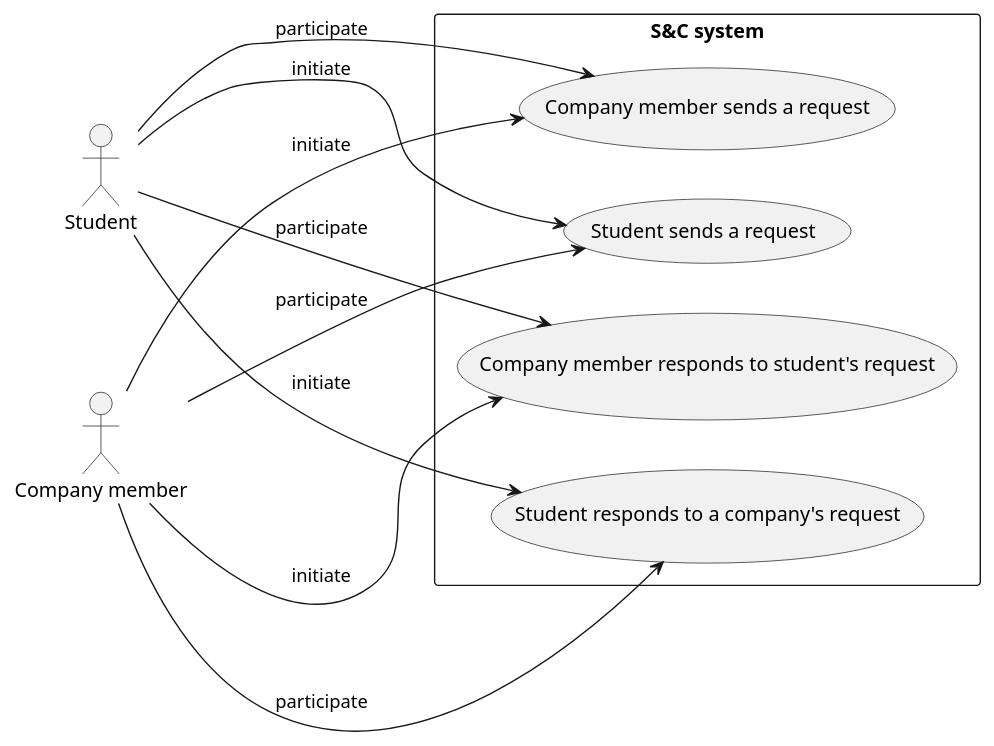
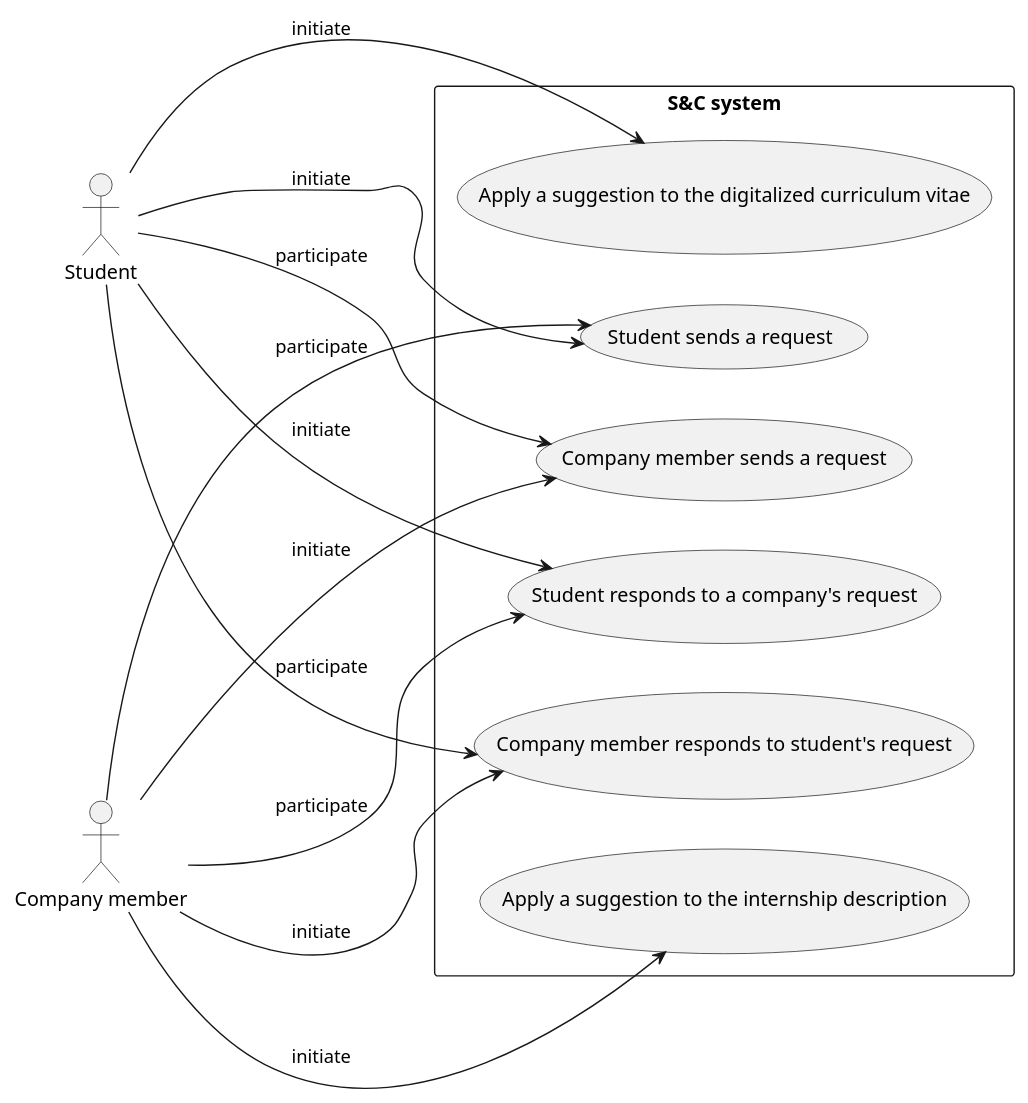
One commit to matti8702/R_and_DD_project_SE2 changed the diagram in RASD/Specific_requirements/uml_diagrams/use_cases_diagram3.puml. Above: the diagram before and after it, drawn with PlantUML. The commit also changed 32 other files, not shown here.

```diff
--- a/RASD/Specific_requirements/uml_diagrams/use_cases_diagram3.puml
+++ b/RASD/Specific_requirements/uml_diagrams/use_cases_diagram3.puml
@@ -1,25 +1,31 @@
 @startuml use_cases_diagram3
 left to right direction
 
 actor :Student: as ST
 actor :Company member: as CM
 
 rectangle "S&C system" {
-    usecase (Student sends a request) as UC14
-    usecase (Company member sends a request) as UC15
-    usecase (Student responds to a company's request) as UC16
-    usecase (Company member responds to student's request) as UC17
+    usecase (Apply a suggestion to the digitalized curriculum vitae) as UC14
+    usecase (Apply a suggestion to the internship description) as UC15
+    usecase (Student sends a request) as UC16
+    usecase (Company member sends a request) as UC17
+    usecase (Student responds to a company's request) as UC18
+    usecase (Company member responds to student's request) as UC19
 }
 
-ST ---> UC14 : initiate
-CM ---> UC14 : participate
+ST -> UC14: initiate
 
-CM ---> UC15 : initiate
-ST ---> UC15 : participate
+CM -> UC15: initiate
 
 ST ---> UC16 : initiate
 CM ---> UC16 : participate
 
 CM ---> UC17 : initiate
 ST ---> UC17 : participate
+
+ST ---> UC18 : initiate
+CM ---> UC18 : participate
+
+CM ---> UC19 : initiate
+ST ---> UC19 : participate
 @enduml
```
